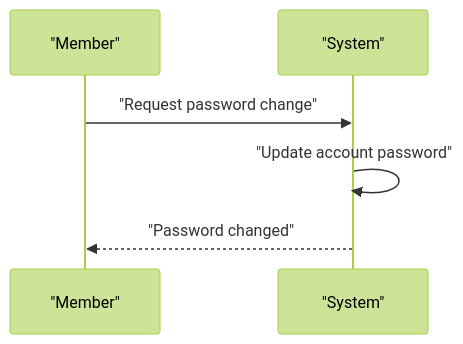
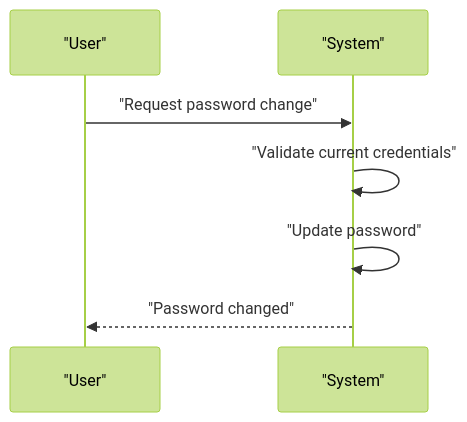
Before and after one commit to wrtnlabs/autobe-examples: the ninth of 9 diagrams in openai/gpt-5.4-mini/erp/docs/analysis/01-actors-and-auth.md, drawn with Mermaid (forest theme). The commit also changed other lines of this file and 9017 other files, not shown here.

````diff
--- a/openai/gpt-5.4-mini/erp/docs/analysis/01-actors-and-auth.md
+++ b/openai/gpt-5.4-mini/erp/docs/analysis/01-actors-and-auth.md
@@ -271,8 +302,9 @@
 ```mermaid
 sequenceDiagram
-    participant M as "Member"
+    participant U as "User"
     participant S as "System"
-    M->>S: "Request password change"
-    S->>S: "Update account password"
-    S-->>M: "Password changed"
+    U->>S: "Request password change"
+    S->>S: "Validate current credentials"
+    S->>S: "Update password"
+    S-->>U: "Password changed"
 ```
````
